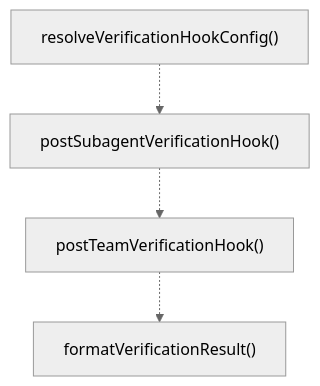
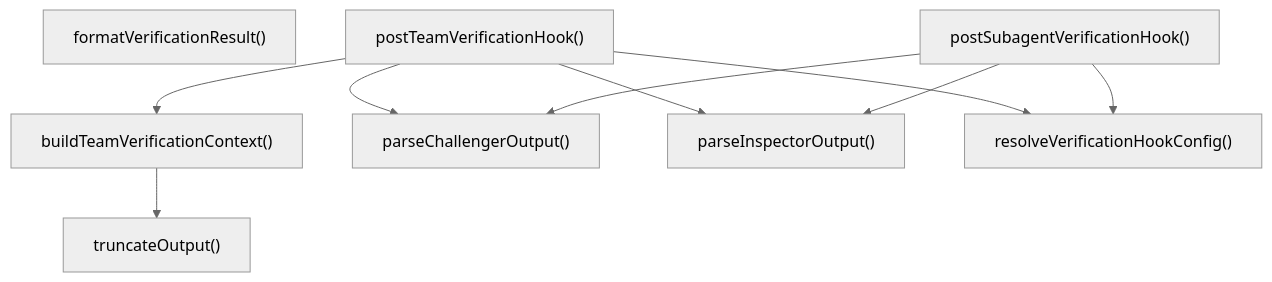
Before and after one commit to Mekann2904/mekann: the third of 4 diagrams in ABDD/.pi/extensions/shared/verification-hooks.md, drawn with Mermaid (neutral theme). The commit also changed other lines of this file and 277 other files, not shown here.

````diff
--- a/ABDD/.pi/extensions/shared/verification-hooks.md
+++ b/ABDD/.pi/extensions/shared/verification-hooks.md
@@ -76,10 +76,19 @@
 ```mermaid
 flowchart TD
-  resolveVerificationHookConfig["resolveVerificationHookConfig()"]
+  buildTeamVerificationContext["buildTeamVerificationContext()"]
+  formatVerificationResult["formatVerificationResult()"]
+  parseChallengerOutput["parseChallengerOutput()"]
+  parseInspectorOutput["parseInspectorOutput()"]
   postSubagentVerificationHook["postSubagentVerificationHook()"]
   postTeamVerificationHook["postTeamVerificationHook()"]
-  formatVerificationResult["formatVerificationResult()"]
-  resolveVerificationHookConfig -.-> postSubagentVerificationHook
-  postSubagentVerificationHook -.-> postTeamVerificationHook
-  postTeamVerificationHook -.-> formatVerificationResult
+  resolveVerificationHookConfig["resolveVerificationHookConfig()"]
+  truncateOutput["truncateOutput()"]
+  buildTeamVerificationContext --> truncateOutput
+  postSubagentVerificationHook --> parseChallengerOutput
+  postSubagentVerificationHook --> parseInspectorOutput
+  postSubagentVerificationHook --> resolveVerificationHookConfig
+  postTeamVerificationHook --> buildTeamVerificationContext
+  postTeamVerificationHook --> parseChallengerOutput
+  postTeamVerificationHook --> parseInspectorOutput
+  postTeamVerificationHook --> resolveVerificationHookConfig
 ```
````
